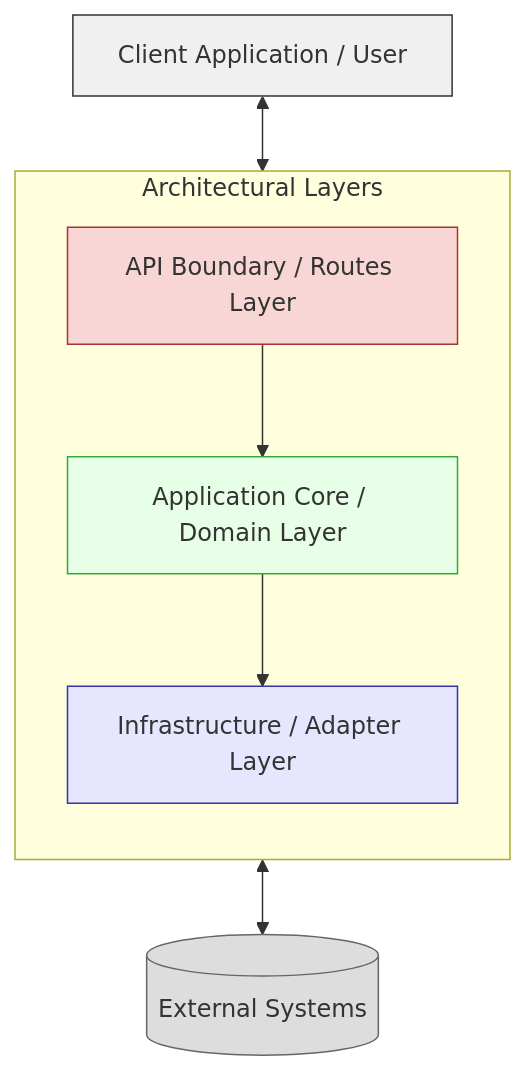
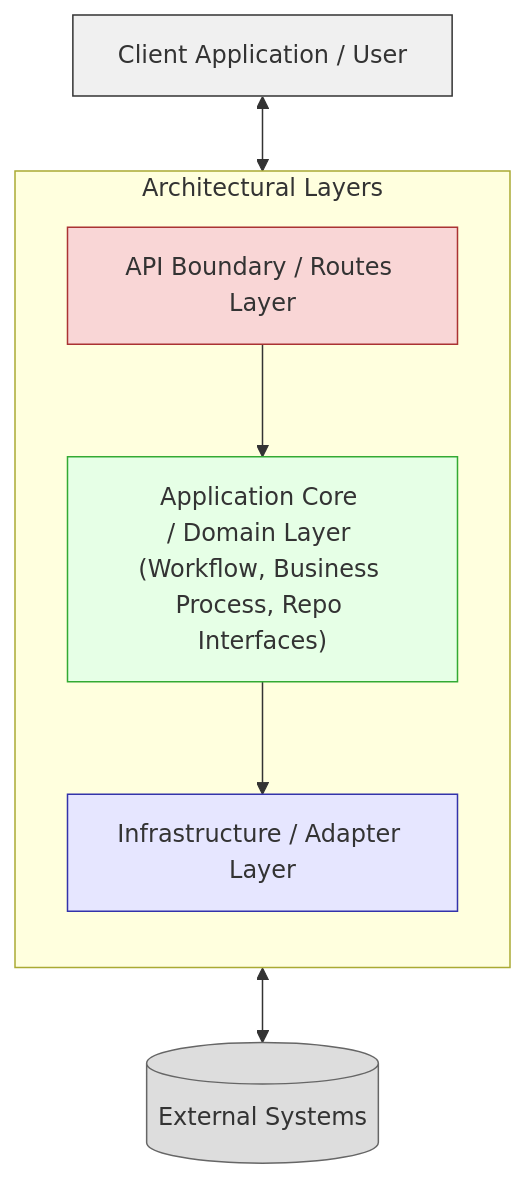
Before and after one commit to bluedevilx/ai-driven-development: the first of 4 diagrams in architecture-guide.md, drawn with Mermaid. The commit also changed other lines of this file, not shown here.

````diff
--- a/architecture-guide.md
+++ b/architecture-guide.md
@@ -95,20 +99,19 @@
 ```mermaid
 flowchart TD
     U[Client Application / User]
 
     subgraph layers["Architectural Layers"]
         direction TB
-        API["API Boundary / Routes Layer"] --> Core["Application Core / Domain Layer"]
+        API["API Boundary / Routes Layer"] --> Core["Application Core <br>/ Domain Layer <br>(Workflow, Business Process, Repo Interfaces)"]
         Core --> Infra["Infrastructure / Adapter Layer"]
     end
 
     U <--> API
     Infra <--> External[(External Systems)]
 
     style U fill:#f0f0f0,stroke:#333,stroke-width:1px
     style API fill:#f9d6d6,stroke:#a33,stroke-width:1px
     style Core fill:#e6ffe6,stroke:#3a3,stroke-width:1px
     style Infra fill:#e6e6ff,stroke:#33a,stroke-width:1px
     style External fill:#ddd,stroke:#666,stroke-width:1px
-
 ```
````
